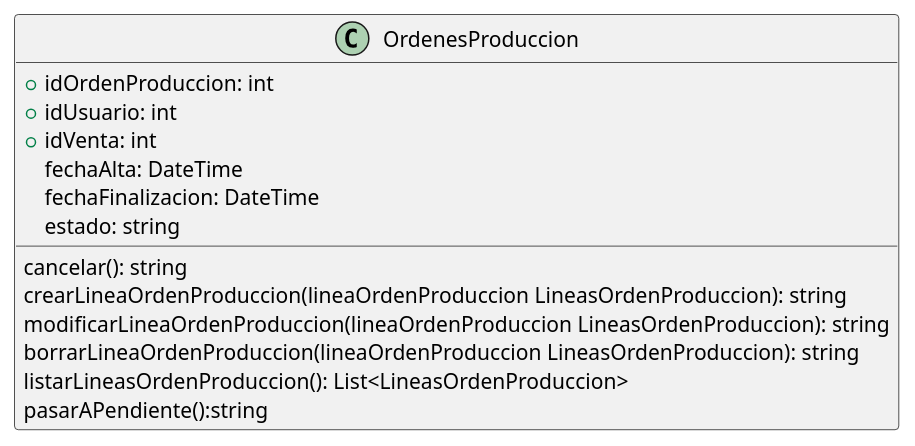
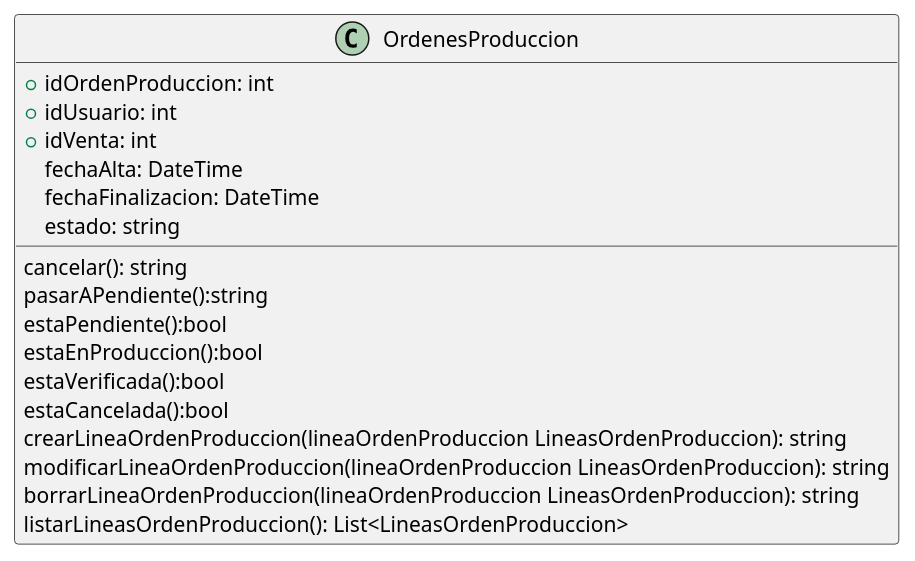
Before and after one commit to ZMGestion/DocumentacionZMGestion: the diagram in DiagramaClases/Clases/OrdenesProduccion.puml, drawn with PlantUML. The commit also changed 9 other files, not shown here.

```diff
--- a/DiagramaClases/Clases/OrdenesProduccion.puml
+++ b/DiagramaClases/Clases/OrdenesProduccion.puml
@@ -1,17 +1,22 @@
 @startuml OrdenesProduccion
 class OrdenesProduccion{
     +idOrdenProduccion: int
     +idUsuario: int
     +idVenta: int
     fechaAlta: DateTime
     fechaFinalizacion: DateTime
     estado: string
 
     cancelar(): string
+    pasarAPendiente():string
+    estaPendiente():bool
+    estaEnProduccion():bool
+    estaVerificada():bool
+    estaCancelada():bool
     crearLineaOrdenProduccion(lineaOrdenProduccion LineasOrdenProduccion): string
     modificarLineaOrdenProduccion(lineaOrdenProduccion LineasOrdenProduccion): string
     borrarLineaOrdenProduccion(lineaOrdenProduccion LineasOrdenProduccion): string
     listarLineasOrdenProduccion(): List<LineasOrdenProduccion>
-    pasarAPendiente():string
+
 }
 @enduml
```
